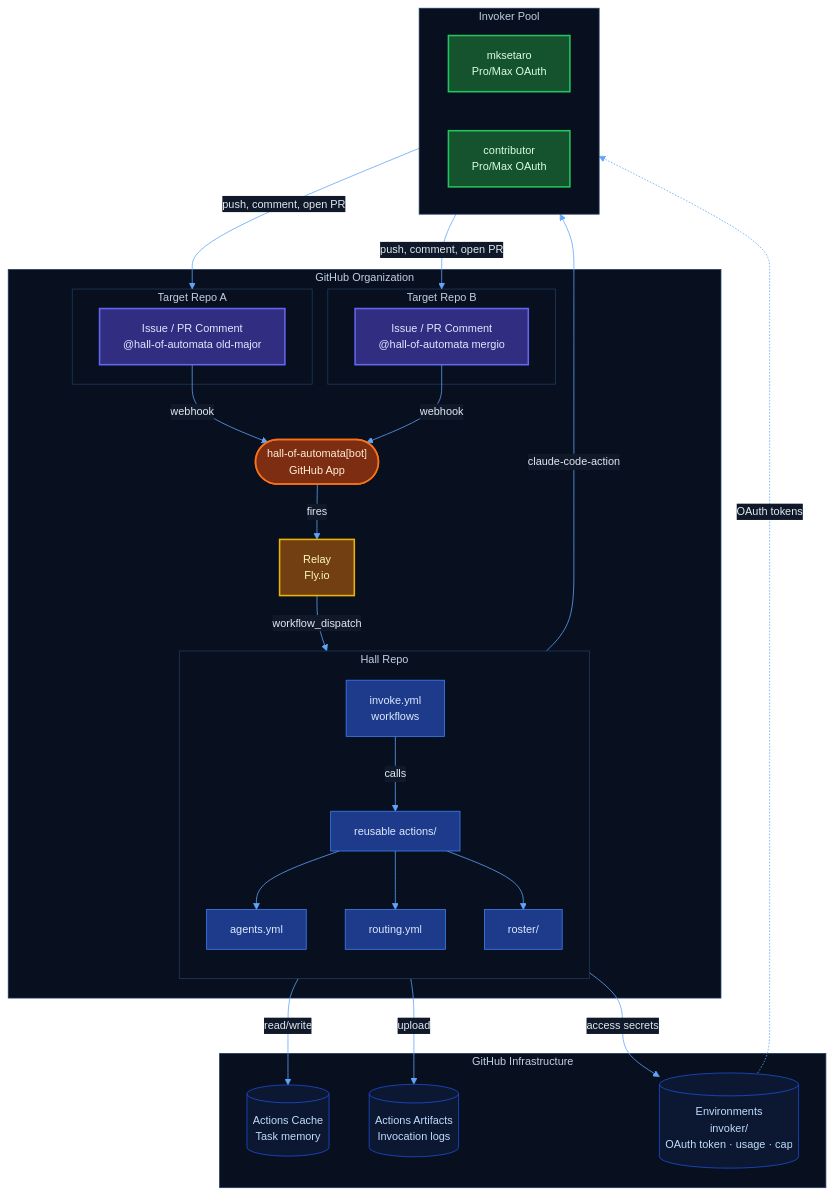
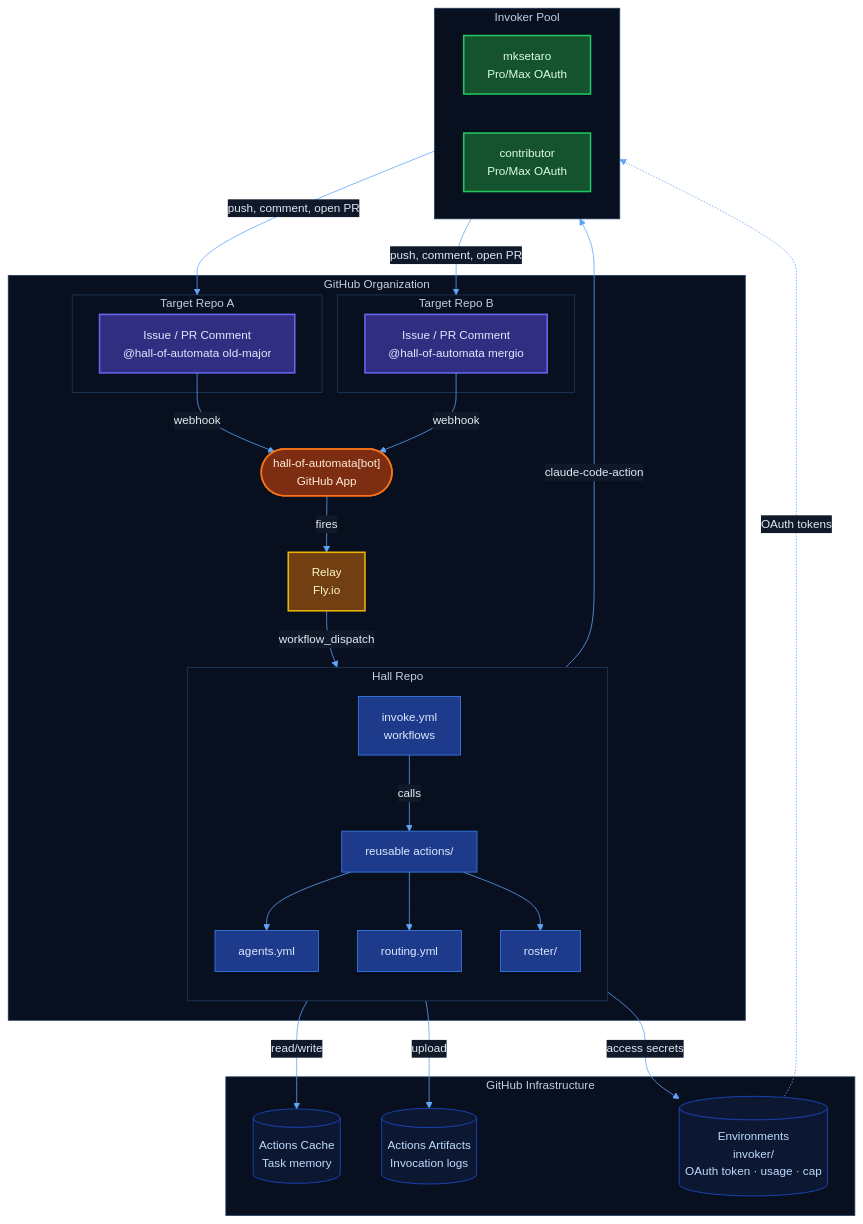
Before and after one commit to MockaSort-Studio/hall-of-automata: the first of 2 diagrams in codex/design_document.md, drawn with Mermaid. The commit also changed 1 other file, not shown here.

Commit message:
changed font size

````diff
--- a/codex/design_document.md
+++ b/codex/design_document.md
@@ -17,64 +17,64 @@
 ```mermaid
-%%{init: {'theme': 'base', 'themeVariables': {'fontSize': '14px', 'primaryColor': '#1e3a5f', 'primaryTextColor': '#e2e8f0', 'primaryBorderColor': '#3b82f6', 'lineColor': '#60a5fa', 'secondaryColor': '#1e293b', 'tertiaryColor': '#0f1929', 'clusterBkg': '#080f1e', 'clusterBorder': '#1e3a5f', 'titleColor': '#c0cfe4', 'edgeLabelBackground': '#0f1929'}}}%%
+%%{init: {'theme': 'base', 'themeVariables': {'fontSize': '15px', 'primaryColor': '#1e3a5f', 'primaryTextColor': '#e2e8f0', 'primaryBorderColor': '#3b82f6', 'lineColor': '#60a5fa', 'secondaryColor': '#1e293b', 'tertiaryColor': '#0f1929', 'clusterBkg': '#080f1e', 'clusterBorder': '#1e3a5f', 'titleColor': '#c0cfe4', 'edgeLabelBackground': '#0f1929'}}}%%
 
 graph TB
     subgraph ORG["GitHub Organization"]
         subgraph TR1["Target Repo A"]
             I1["Issue / PR Comment\n@hall-of-automata old-major"]
         end
         subgraph TR2["Target Repo B"]
             I2["Issue / PR Comment\n@hall-of-automata mergio"]
         end
         subgraph HALL["Hall Repo"]
             direction TB
             WF["invoke.yml\nworkflows"]
             AY["agents.yml"]
             RY["routing.yml"]
             RS["roster/"]
             RA["reusable actions/"]
         end
         APP(["hall-of-automata[bot]\nGitHub App"])
         RELAY["Relay\nFly.io"]
     end
 
     subgraph GHINFRA["GitHub Infrastructure"]
         CACHE[("Actions Cache\nTask memory")]
         ARTIFACTS[("Actions Artifacts\nInvocation logs")]
         ENVS[("Environments\ninvoker/<handle>\nOAuth token · usage · cap")]
     end
 
     subgraph POOL["Invoker Pool"]
         A1["mksetaro\nPro/Max OAuth"]
         A2["contributor\nPro/Max OAuth"]
     end
 
     I1 -->|webhook| APP
     I2 -->|webhook| APP
     APP -->|fires| RELAY
     RELAY -->|workflow_dispatch| WF
     WF -->|calls| RA
     RA --> AY
     RA --> RY
     RA --> RS
     RA -->|read/write| CACHE
     RA -->|upload| ARTIFACTS
     RA -->|access secrets| ENVS
     ENVS -.->|OAuth tokens| POOL
     RA -->|claude-code-action| POOL
     POOL -->|push, comment, open PR| TR1
     POOL -->|push, comment, open PR| TR2
 
     classDef trigger fill:#312e81,stroke:#6366f1,color:#e0e7ff,stroke-width:2px
     classDef app fill:#7c2d12,stroke:#f97316,color:#ffedd5,stroke-width:2px
     classDef relay fill:#713f12,stroke:#eab308,color:#fef9c3,stroke-width:2px
     classDef hall fill:#1e3a8a,stroke:#3b82f6,color:#dbeafe
     classDef storage fill:#0c1832,stroke:#1d4ed8,color:#bfdbfe
     classDef invoker fill:#14532d,stroke:#22c55e,color:#dcfce7,stroke-width:2px
 
     class I1,I2 trigger
     class APP app
     class RELAY relay
     class WF,AY,RY,RS,RA hall
     class CACHE,ARTIFACTS,ENVS storage
     class A1,A2 invoker
 ```
````
